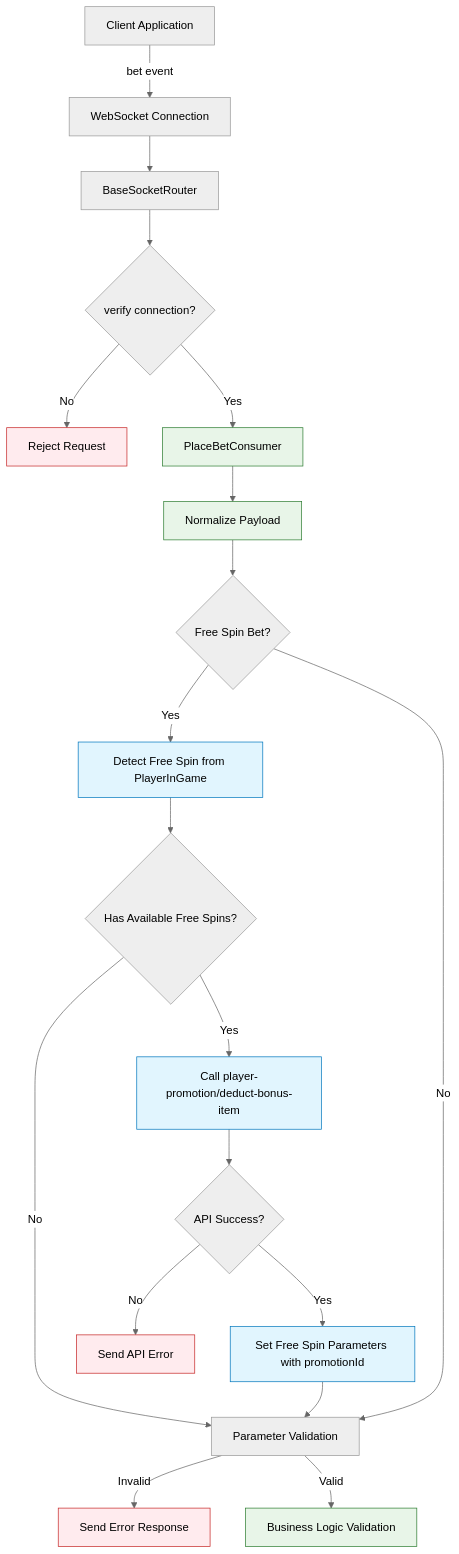
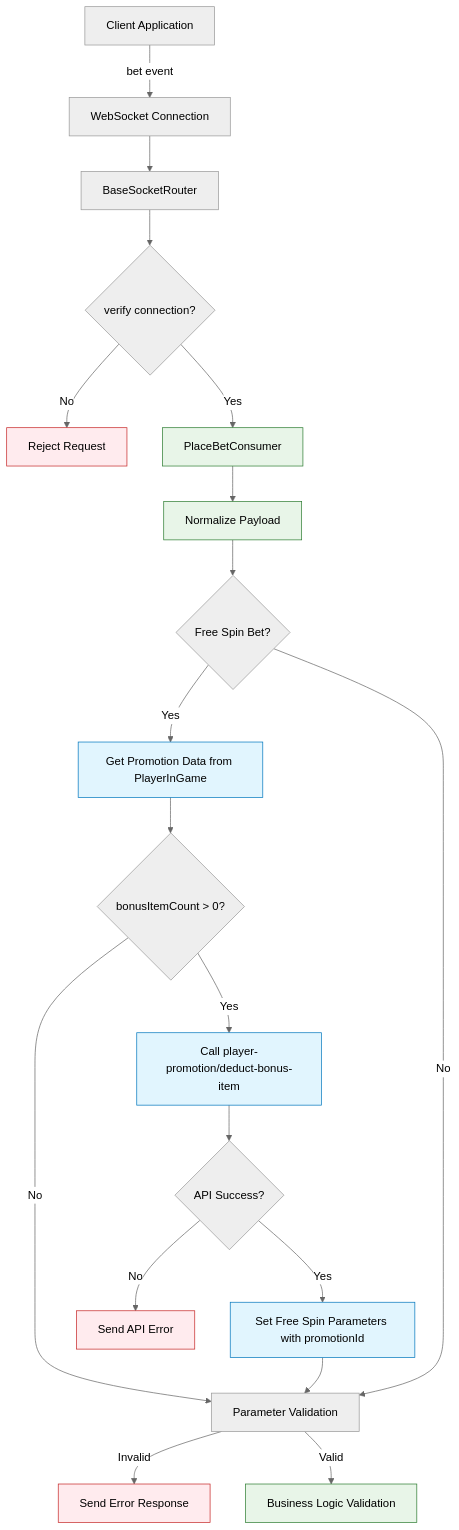
Before and after one commit to starixvn/l1_sc-packages_sc-game-base: the third of 9 diagrams in diagrams/place-bet-flow-diagram.md, drawn with Mermaid (neutral theme). The commit also changed other lines of this file and 2 other files, not shown here.

Commit message:
docs: update promotion diagram

````diff
--- a/diagrams/place-bet-flow-diagram.md
+++ b/diagrams/place-bet-flow-diagram.md
@@ -68,32 +67,32 @@
 ```mermaid
 flowchart TD
     Client[Client Application] -->|bet event| Socket[WebSocket Connection]
     Socket --> Router[BaseSocketRouter]
     Router --> Verify{verify connection?}
     Verify -->|No| Reject[Reject Request]
     Verify -->|Yes| Consumer[PlaceBetConsumer]
     Consumer --> Normalize[Normalize Payload]
     Normalize --> CheckFreeSpin{Free Spin Bet?}
 
-    CheckFreeSpin -->|Yes| DetectEligibility[Detect Free Spin from PlayerInGame]
+    CheckFreeSpin -->|Yes| GetPromotionData[Get Promotion Data from PlayerInGame]
     CheckFreeSpin -->|No| ParamCheck[Parameter Validation]
 
-    DetectEligibility --> HasFreeSpins{Has Available Free Spins?}
-    HasFreeSpins -->|No| ParamCheck
-    HasFreeSpins -->|Yes| DeductBonus[Call player-promotion/deduct-bonus-item]
+    GetPromotionData --> CheckBonusCount{bonusItemCount > 0?}
+    CheckBonusCount -->|No| ParamCheck
+    CheckBonusCount -->|Yes| DeductBonus[Call player-promotion/deduct-bonus-item]
     DeductBonus --> BonusSuccess{API Success?}
     BonusSuccess -->|No| BonusError[Send API Error]
     BonusSuccess -->|Yes| SetFreeSpinParams[Set Free Spin Parameters with promotionId]
     SetFreeSpinParams --> ParamCheck
 
     ParamCheck -->|Invalid| ErrorResponse[Send Error Response]
     ParamCheck -->|Valid| BetValidation[Business Logic Validation]
 
     classDef errorStyle fill:#ffebee,stroke:#c62828
     classDef successStyle fill:#e8f5e8,stroke:#2e7d32
     classDef apiStyle fill:#e1f5fe,stroke:#0277bd
 
     class Reject,ErrorResponse,BonusError errorStyle
     class Consumer,Normalize,BetValidation successStyle
-    class DetectEligibility,DeductBonus,SetFreeSpinParams apiStyle
+    class GetPromotionData,DeductBonus,SetFreeSpinParams apiStyle
 ```
````
